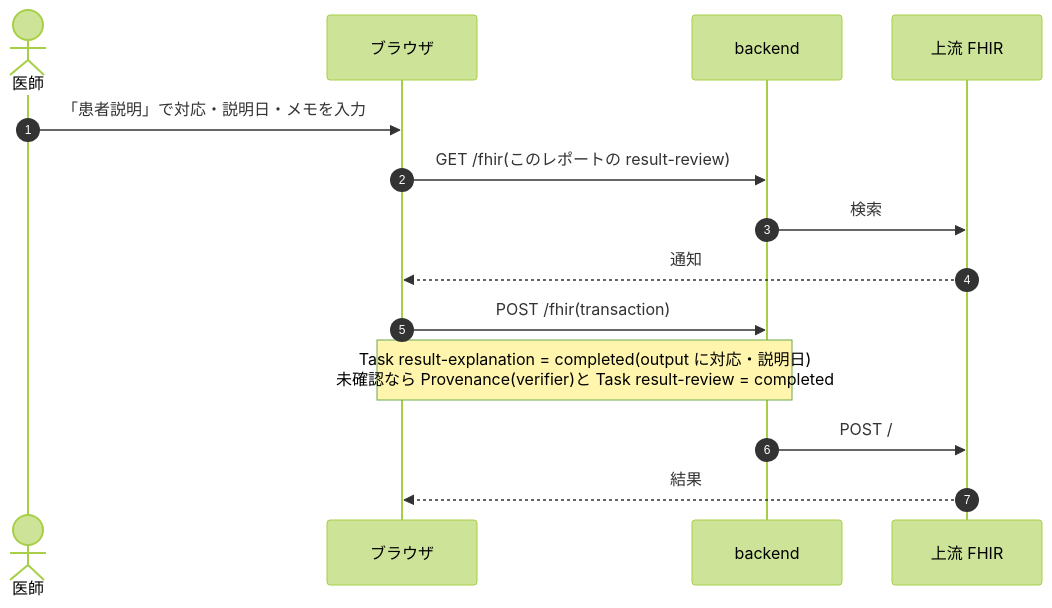
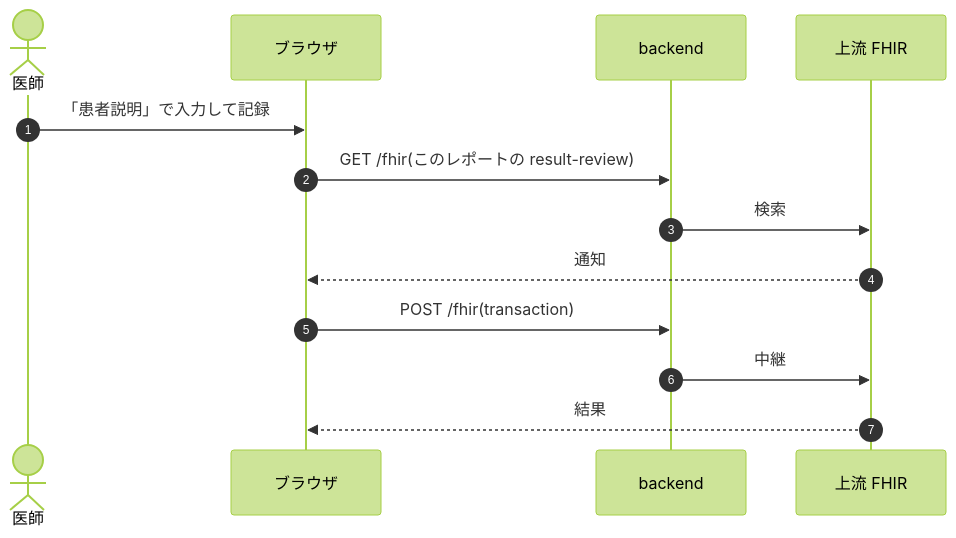
Before and after one commit to ysnr-dev/fhir-client-docs: diagram 12 of 12 in docs/dev/patho.md, drawn with Mermaid (forest theme). The commit also changed other lines of this file and 43 other files, not shown here.

Commit message:
docs: 業務フローとシーケンス図を写し直し

````diff
--- a/docs/dev/patho.md
+++ b/docs/dev/patho.md
@@ -247,17 +508,16 @@
 ```mermaid
 sequenceDiagram
   autonumber
   actor Dr as 医師
   participant UI as ブラウザ
   participant BE as backend
   participant FHIR as 上流 FHIR
 
-  Dr->>UI: 「患者説明」で対応・説明日・メモを入力
+  Dr->>UI: 「患者説明」で入力して記録
   UI->>BE: GET /fhir(このレポートの result-review)
   BE->>FHIR: 検索
   FHIR-->>UI: 通知
   UI->>BE: POST /fhir(transaction)
-  Note over UI,BE: Task result-explanation = completed(output に対応・説明日)<br/>未確認なら Provenance(verifier)と Task result-review = completed
-  BE->>FHIR: POST /
+  BE->>FHIR: 中継
   FHIR-->>UI: 結果
 ```
````
